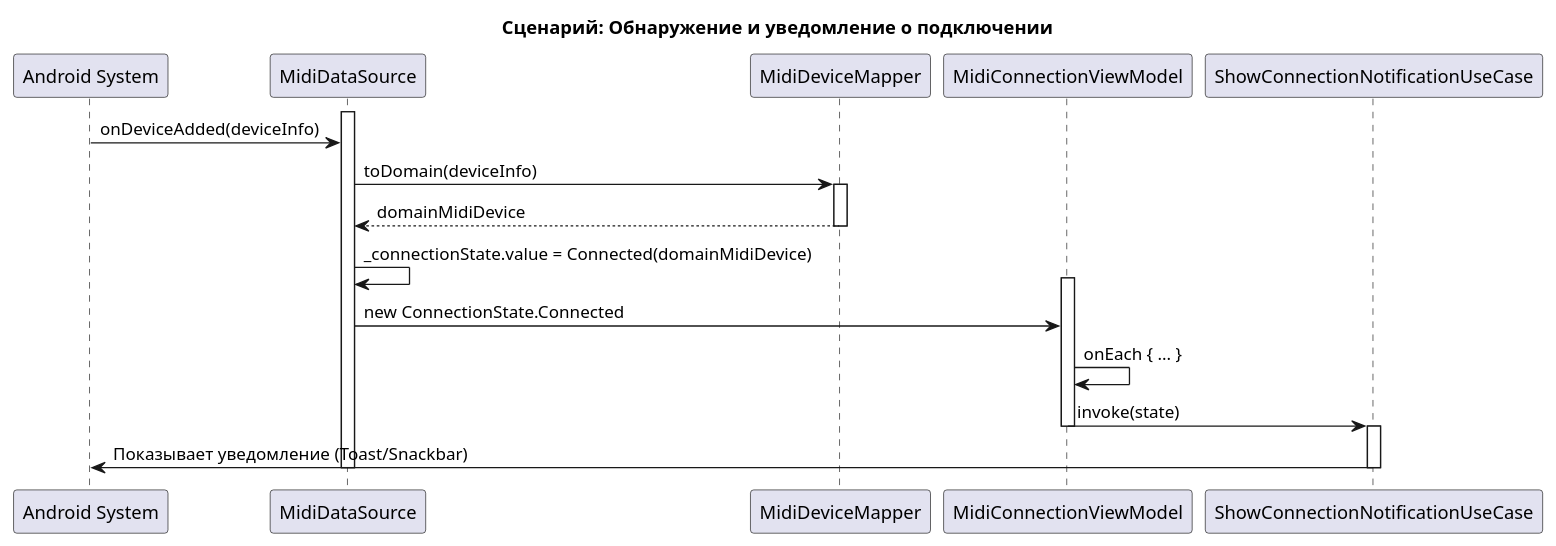
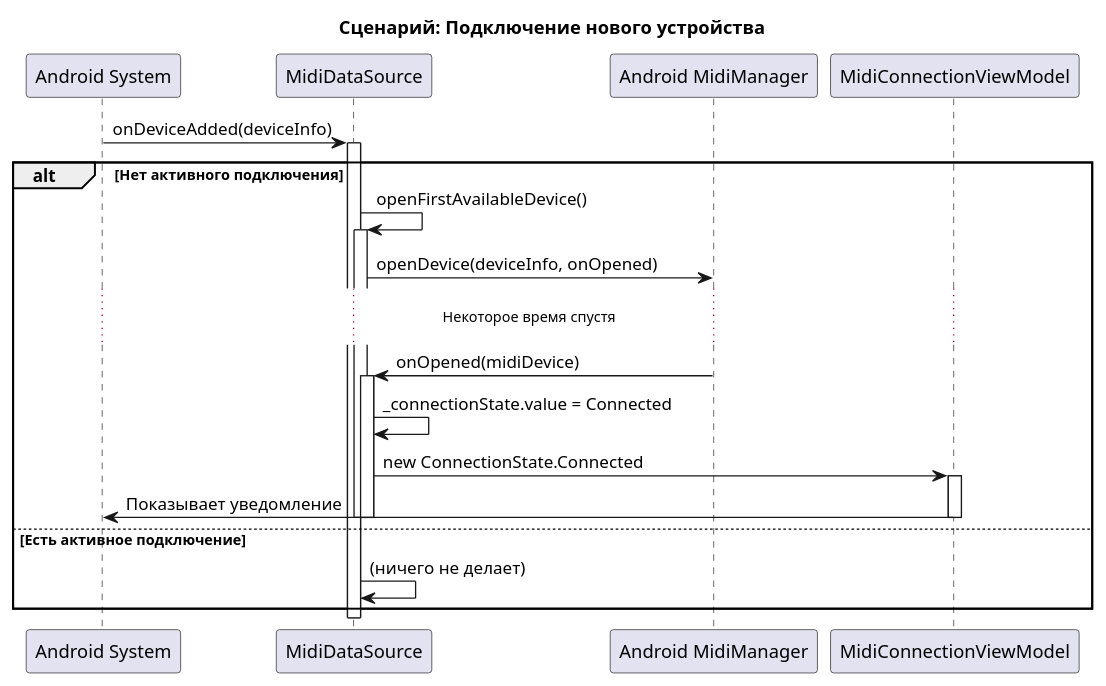
One commit to astrizhachuk/PianoFlow changed the fourth of 5 diagrams in docs/ts/MIDI_CONNECTION.md. Above: the diagram before and after it, drawn with PlantUML. The commit also changed other lines of this file and 1 other file, not shown here.

Commit message:
docs: обновить и детализировать документацию по MIDI-подключению

````diff
--- a/docs/ts/MIDI_CONNECTION.md
+++ b/docs/ts/MIDI_CONNECTION.md
@@ -187,35 +250,37 @@
 ```plantuml
 @startuml
-title Сценарий: Обнаружение и уведомление о подключении
+title Сценарий: Подключение нового устройства
 
 participant "Android System" as System
 participant "MidiDataSource" as DS
-participant "MidiDeviceMapper" as Mapper
+participant "Android MidiManager" as MidiManager
 participant "MidiConnectionViewModel" as VM
-participant "ShowConnectionNotificationUseCase" as NotifyUC
 
+System -> DS : onDeviceAdded(deviceInfo)
 activate DS
-System -> DS : onDeviceAdded(deviceInfo)
 
-DS -> Mapper : toDomain(deviceInfo)
-activate Mapper
-Mapper --> DS : domainMidiDevice
-deactivate Mapper
-
-DS -> DS : _connectionState.value = Connected(domainMidiDevice)
-
-activate VM
-DS -> VM : new ConnectionState.Connected
-VM -> VM : onEach { ... }
-
-VM -> NotifyUC : invoke(state)
-deactivate VM
-
-activate NotifyUC
-NotifyUC -> System: Показывает уведомление (Toast/Snackbar)
-deactivate NotifyUC
+alt Нет активного подключения
+    DS -> DS : openFirstAvailableDevice()
+    activate DS
+    
+    DS -> MidiManager : openDevice(deviceInfo, onOpened)
+    ...Некоторое время спустя...
+    
+    MidiManager -> DS : onOpened(midiDevice)
+    activate DS
+    DS -> DS : _connectionState.value = Connected
+    
+    DS -> VM : new ConnectionState.Connected
+    activate VM
+    VM -> System : Показывает уведомление
+    deactivate VM
+    
+    deactivate DS
+    deactivate DS
+else Есть активное подключение
+    DS -> DS : (ничего не делает)
+end
 
 deactivate DS
-
 @enduml
 ```
````
